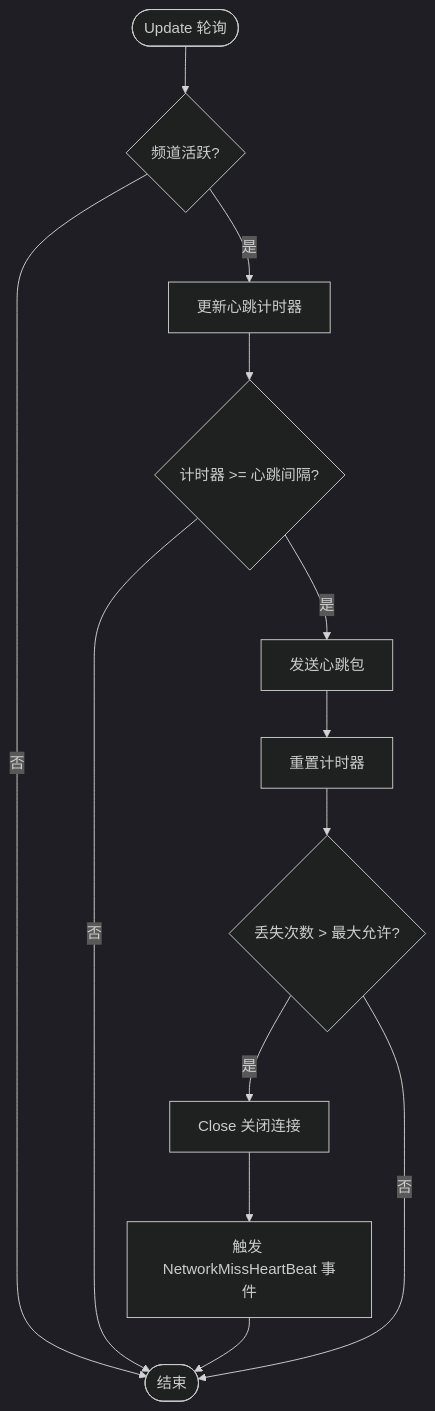
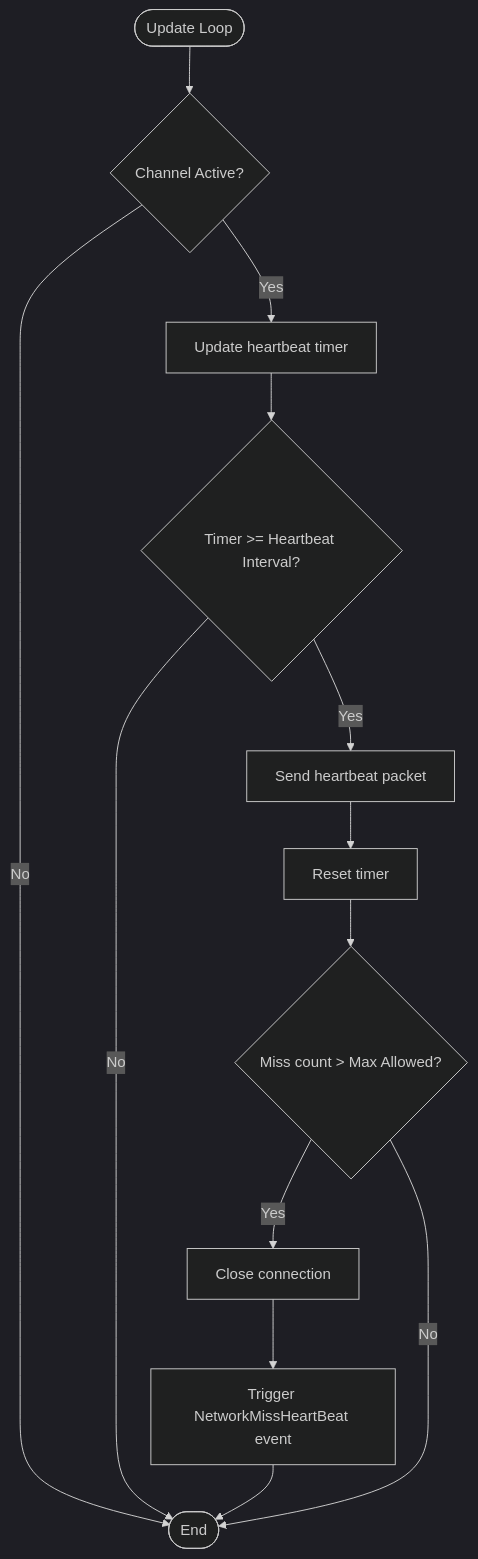
The fourth of 4 diagrams in docs/en/client/unity/component/network/05.network-channel.md (AlianBlank/GameFrameX.Docs), drawn with Mermaid (dark theme) before and after one commit. The commit also changed other lines of this file and 242 other files, not shown here.

````diff
--- a/docs/en/client/unity/component/network/05.network-channel.md
+++ b/docs/en/client/unity/component/network/05.network-channel.md
@@ -158,15 +158,15 @@
 ```mermaid
 flowchart TD
-    Start([Update 轮询]) --> CheckActive{频道活跃?}
-    CheckActive -->|否| End([结束])
-    CheckActive -->|是| UpdateTimer[更新心跳计时器]
-    UpdateTimer --> CheckTimeout{计时器 >= 心跳间隔?}
-    CheckTimeout -->|否| End
-    CheckTimeout -->|是| SendHeartBeat[发送心跳包]
-    SendHeartBeat --> ResetTimer[重置计时器]
-    ResetTimer --> CheckMissCount{丢失次数 > 最大允许?}
-    CheckMissCount -->|是| CloseChannel[Close 关闭连接]
-    CloseChannel --> FireEvent[触发 NetworkMissHeartBeat 事件]
+    Start([Update Loop]) --> CheckActive{Channel Active?}
+    CheckActive -->|No| End([End])
+    CheckActive -->|Yes| UpdateTimer[Update heartbeat timer]
+    UpdateTimer --> CheckTimeout{Timer >= Heartbeat Interval?}
+    CheckTimeout -->|No| End
+    CheckTimeout -->|Yes| SendHeartBeat[Send heartbeat packet]
+    SendHeartBeat --> ResetTimer[Reset timer]
+    ResetTimer --> CheckMissCount{Miss count > Max Allowed?}
+    CheckMissCount -->|Yes| CloseChannel[Close connection]
+    CloseChannel --> FireEvent[Trigger NetworkMissHeartBeat event]
     FireEvent --> End
-    CheckMissCount -->|否| End
+    CheckMissCount -->|No| End
 ```
````
